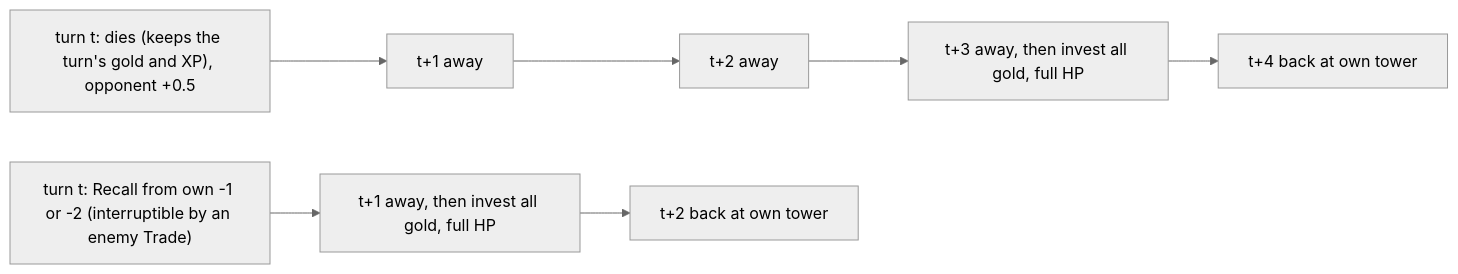
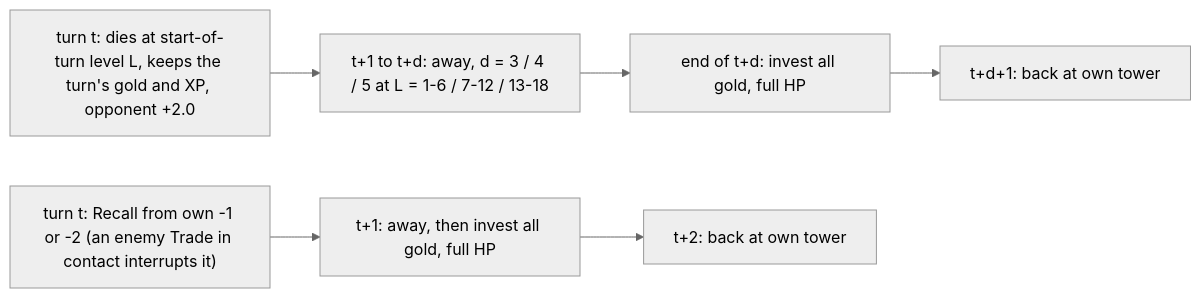
Before and after one commit to jcj1337/lol_laning_gt_rl: the fifth of 5 diagrams in docs/m4/laning_game_mathematical_reference.md, drawn with Mermaid (neutral theme). The commit also changed other lines of this file and 19 other files, not shown here.

````diff
--- a/docs/m4/laning_game_mathematical_reference.md
+++ b/docs/m4/laning_game_mathematical_reference.md
@@ -1024,5 +1644,5 @@
 ```mermaid
 flowchart LR
-    D0["turn t: dies (keeps the turn's gold and XP), opponent +0.5"] --> D1["t+1 away"] --> D2["t+2 away"] --> D3["t+3 away, then invest all gold, full HP"] --> D4["t+4 back at own tower"]
-    R0["turn t: Recall from own -1 or -2 (interruptible by an enemy Trade)"] --> R1["t+1 away, then invest all gold, full HP"] --> R2["t+2 back at own tower"]
+    D0["turn t: dies at start-of-turn level L, keeps the turn's gold and XP, opponent +2.0"] --> D1["t+1 to t+d: away, d = 3 / 4 / 5 at L = 1-6 / 7-12 / 13-18"] --> D2["end of t+d: invest all gold, full HP"] --> D3["t+d+1: back at own tower"]
+    R0["turn t: Recall from own -1 or -2 (an enemy Trade in contact interrupts it)"] --> R1["t+1: away, then invest all gold, full HP"] --> R2["t+2: back at own tower"]
 ```
````
